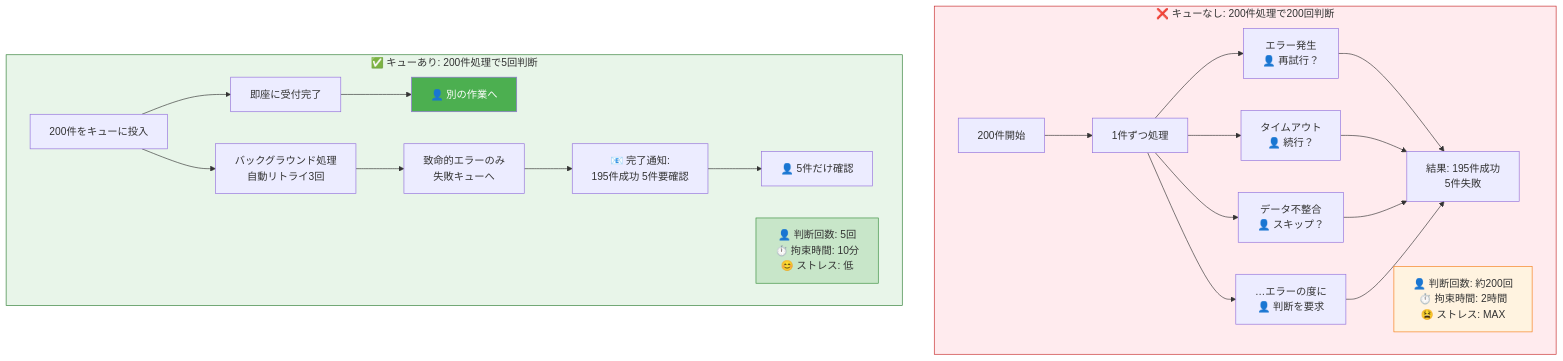
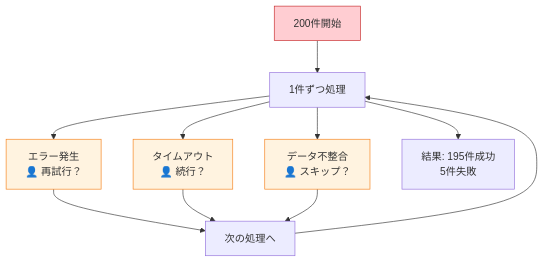
One commit to yasuhisa1984/blog changed the fourth of 9 diagrams in content/posts/queue-reduces-human-work.md. Above: the diagram before and after it, drawn with Mermaid. The commit also changed other lines of this file, not shown here.

First line of the commit message:
fix: キュー記事の横長Mermaid図を縦型に分割

````diff
--- a/content/posts/queue-reduces-human-work.md
+++ b/content/posts/queue-reduces-human-work.md
@@ -163,43 +170,17 @@
 ```mermaid
-graph TB
-    subgraph Without["❌ キューなし: 200件処理で200回判断"]
-        W_Start[200件開始]
-        W_Loop[1件ずつ処理]
-        W_Error1[エラー発生<br/>👤 再試行？]
-        W_Error2[タイムアウト<br/>👤 続行？]
-        W_Error3[データ不整合<br/>👤 スキップ？]
-        W_Error4[…エラーの度に<br/>👤 判断を要求]
-        W_Result[結果: 195件成功<br/>5件失敗]
+graph TD
+    W_Start[200件開始] --> W_Loop[1件ずつ処理]
+    W_Loop --> W_Error1[エラー発生<br/>👤 再試行？]
+    W_Loop --> W_Error2[タイムアウト<br/>👤 続行？]
+    W_Loop --> W_Error3[データ不整合<br/>👤 スキップ？]
+    W_Error1 --> W_Next[次の処理へ]
+    W_Error2 --> W_Next
+    W_Error3 --> W_Next
+    W_Next --> W_Loop
+    W_Loop --> W_Result[結果: 195件成功<br/>5件失敗]
 
-        W_Start --> W_Loop
-        W_Loop --> W_Error1 & W_Error2 & W_Error3 & W_Error4
-        W_Error1 & W_Error2 & W_Error3 & W_Error4 --> W_Result
-
-        W_Note["👤 判断回数: 約200回<br/>⏱️ 拘束時間: 2時間<br/>😫 ストレス: MAX"]
-    end
-
-    subgraph With["✅ キューあり: 200件処理で5回判断"]
-        Q_Start[200件をキューに投入]
-        Q_Quick[即座に受付完了]
-        Q_Free[👤 別の作業へ]
-        Q_Process[バックグラウンド処理<br/>自動リトライ3回]
-        Q_DLQ[致命的エラーのみ<br/>失敗キューへ]
-        Q_Notify[📧 完了通知:<br/>195件成功 5件要確認]
-        Q_Review[👤 5件だけ確認]
-
-        Q_Start --> Q_Quick
-        Q_Quick --> Q_Free
-        Q_Start --> Q_Process
-        Q_Process --> Q_DLQ
-        Q_DLQ --> Q_Notify
-        Q_Notify --> Q_Review
-
-        Q_Note["👤 判断回数: 5回<br/>⏱️ 拘束時間: 10分<br/>😊 ストレス: 低"]
-    end
-
-    style Without fill:#ffebee,stroke:#c62828
-    style With fill:#e8f5e9,stroke:#2e7d32
-    style W_Note fill:#fff3e0,stroke:#f57f17
-    style Q_Note fill:#c8e6c9,stroke:#388e3c
-    style Q_Free fill:#4caf50,color:#fff
+    style W_Start fill:#ffcdd2,stroke:#c62828
+    style W_Error1 fill:#fff3e0,stroke:#f57f17
+    style W_Error2 fill:#fff3e0,stroke:#f57f17
+    style W_Error3 fill:#fff3e0,stroke:#f57f17
 ```
````
